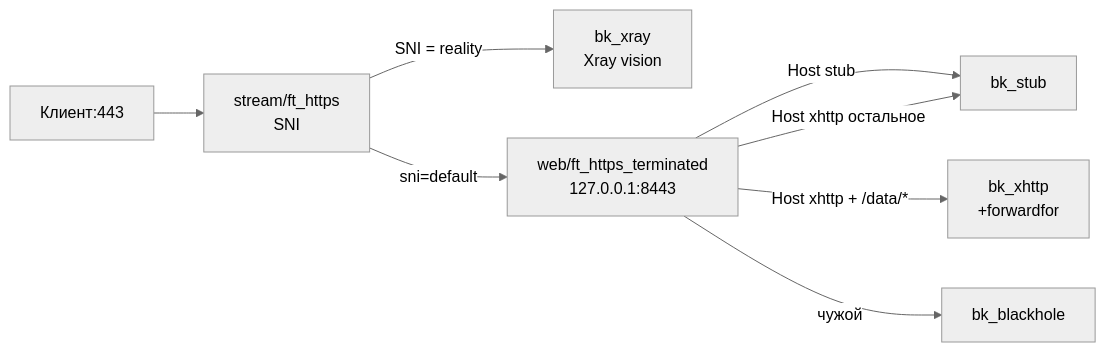
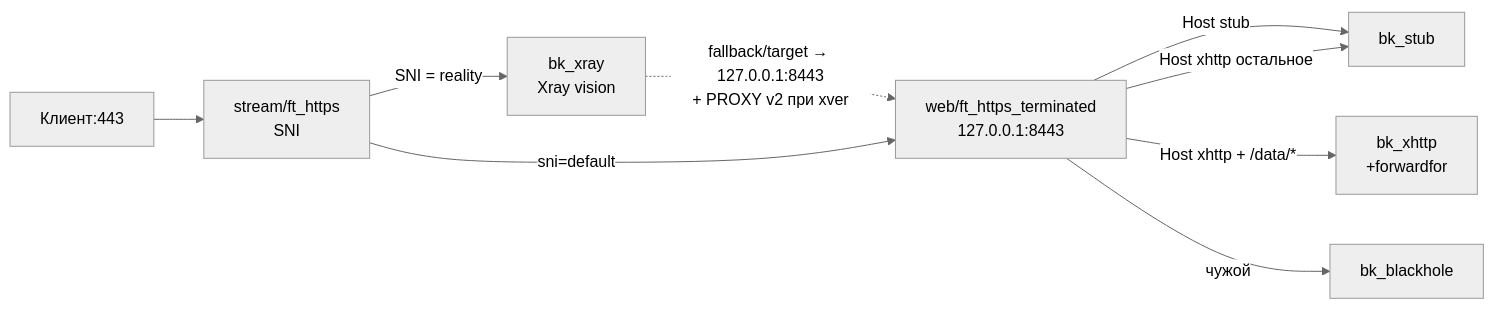
The diagram in haproxy/presets/stream-vision/README.md (thegrayfoxxx/configs), drawn with Mermaid (neutral theme) before and after one commit.

Commit message:
docs(haproxy): show xray fallback edge in stream-vision scheme
Dotted XRAY -.-> WEB (target 127.0.0.1:8443, PROXY v2 with xver), matching the contract table.

````diff
--- a/haproxy/presets/stream-vision/README.md
+++ b/haproxy/presets/stream-vision/README.md
@@ -21,10 +21,11 @@
 ```mermaid
 flowchart LR
     CLIENT["Клиент:443"] --> STREAM["stream/ft_https<br/>SNI"]
     STREAM -->|SNI = reality| XRAY["bk_xray<br/>Xray vision"]
+    XRAY -.->|fallback/target → 127.0.0.1:8443<br/>+ PROXY v2 при xver| WEB
     STREAM -->|sni=default| WEB["web/ft_https_terminated<br/>127.0.0.1:8443"]
     WEB -->|Host stub| STUB["bk_stub"]
     WEB -->|Host xhttp + /data/*| XHTTP["bk_xhttp<br/>+forwardfor"]
     WEB -->|Host xhttp остальное| STUB
     WEB -->|чужой| BH["bk_blackhole"]
 ```
````
